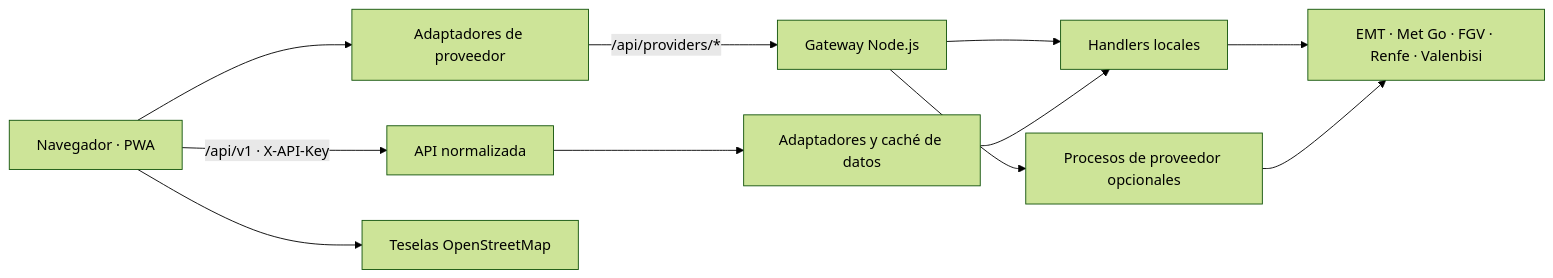
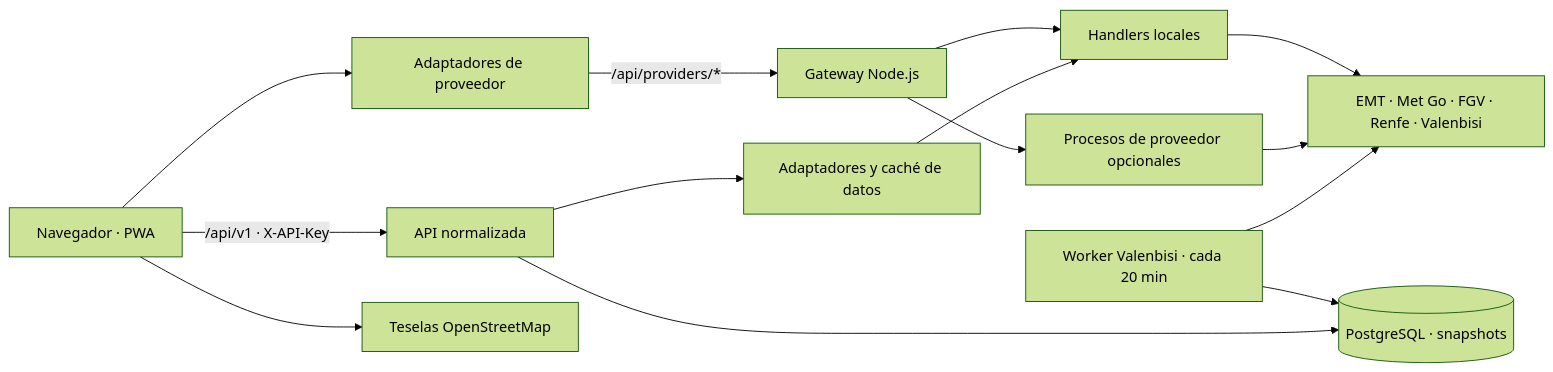
Before and after one commit to maicol604/valencia-transport: the diagram in README.md, drawn with Mermaid (forest theme). The commit also changed other lines of this file and 19 other files, not shown here.

````diff
--- a/README.md
+++ b/README.md
@@ -36,13 +38,16 @@
 ```mermaid
 flowchart LR
 	Browser["Navegador · PWA"] --> Adapters["Adaptadores de proveedor"]
 	Adapters -->|"/api/providers/*"| Gateway["Gateway Node.js"]
 	Gateway --> Local["Handlers locales"]
 	Gateway --> Remote["Procesos de proveedor opcionales"]
 	Local --> Sources["EMT · Met Go · FGV · Renfe · Valenbisi"]
 	Remote --> Sources
 	Browser -->|"/api/v1 · X-API-Key"| API["API normalizada"]
 	API --> Data["Adaptadores y caché de datos"]
 	Data --> Local
+	Worker["Worker Valenbisi · cada 20 min"] --> Sources
+	Worker --> History[("PostgreSQL · snapshots")]
+	API --> History
 	Browser --> Tiles["Teselas OpenStreetMap"]
 ```
````
